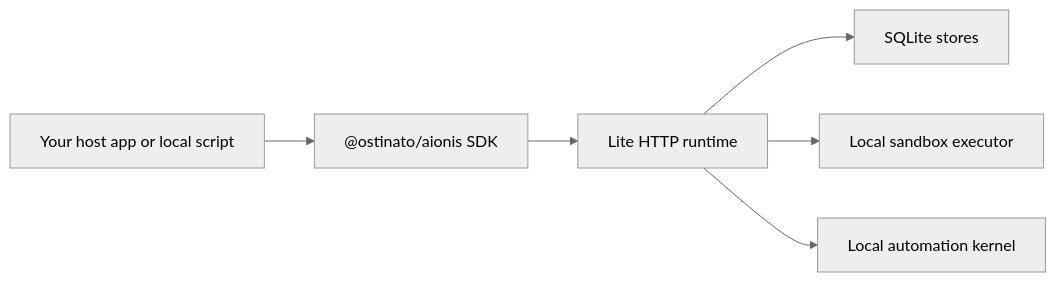
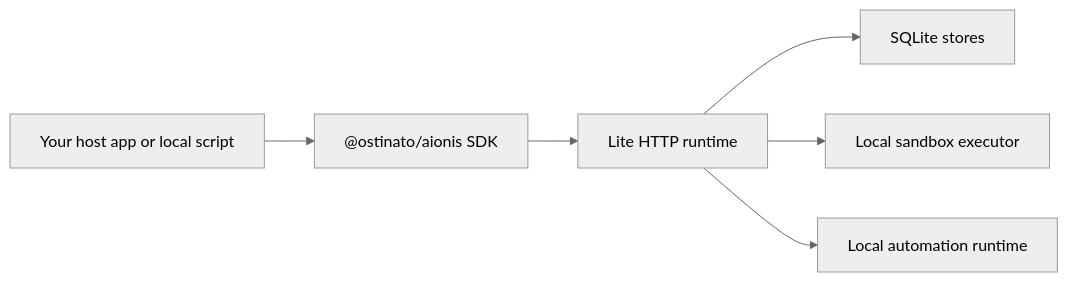
The diagram in apps/docs/docs/runtime/lite-runtime.md (ostinatocc/AionisCore), drawn with Mermaid (neutral theme) before and after one commit. The commit also changed other lines of this file and 24 other files, not shown here.

````diff
--- a/apps/docs/docs/runtime/lite-runtime.md
+++ b/apps/docs/docs/runtime/lite-runtime.md
@@ -90,8 +77,8 @@
 ```mermaid
 flowchart LR
     A["Your host app or local script"] --> B["@ostinato/aionis SDK"]
     B --> C["Lite HTTP runtime"]
     C --> D["SQLite stores"]
     C --> E["Local sandbox executor"]
-    C --> F["Local automation kernel"]
+    C --> F["Local automation runtime"]
 ```
````
